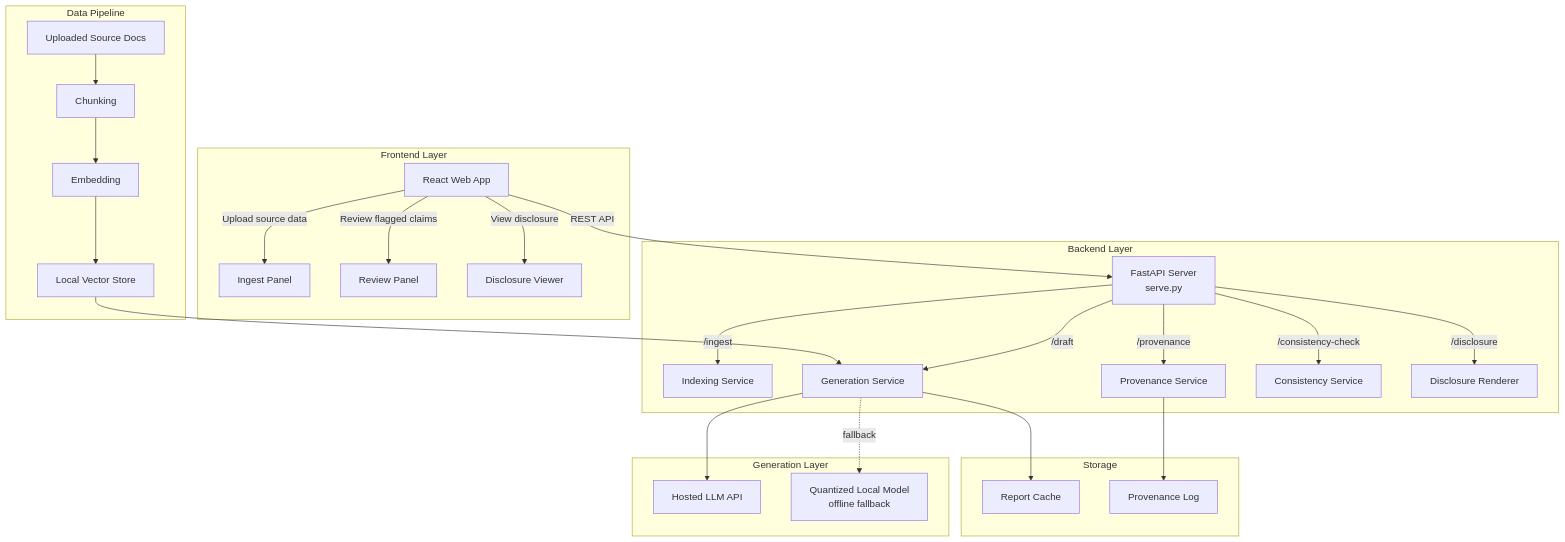
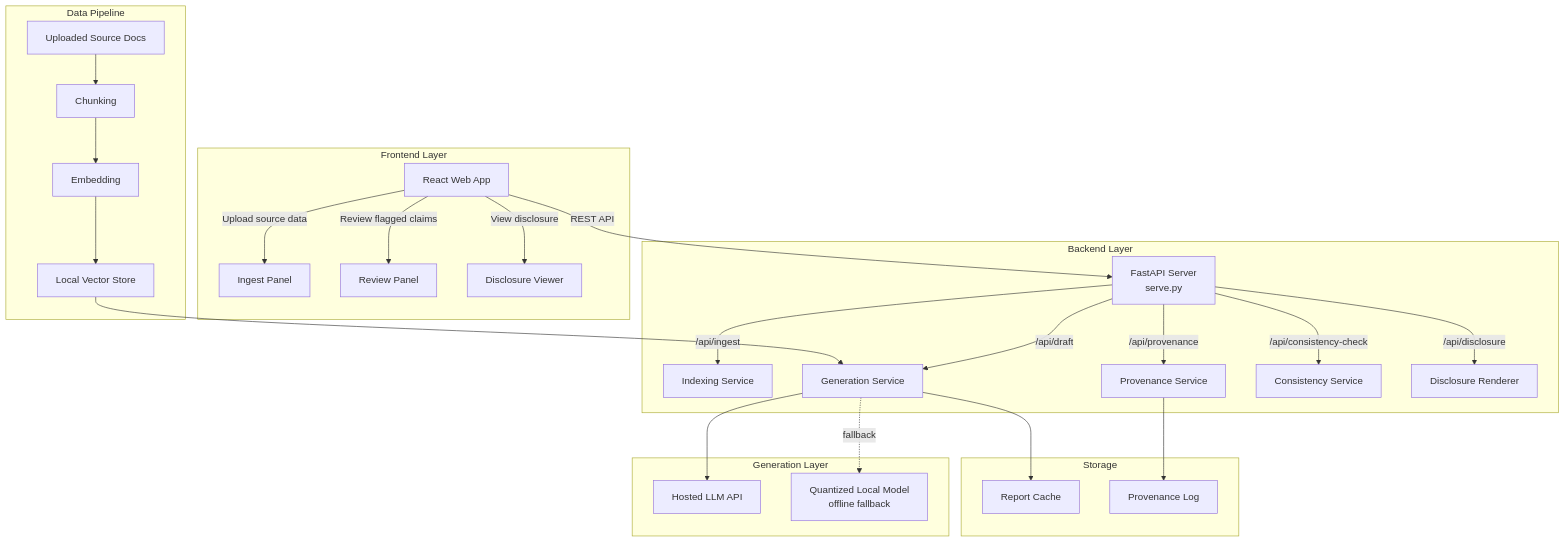
Before and after one commit to Schnitze1/-2026-Humanitarian-Innovation-Hackathon: the diagram in README.md, drawn with Mermaid. The commit also changed other lines of this file and 4 other files, not shown here.

````diff
--- a/README.md
+++ b/README.md
@@ -184,42 +189,42 @@
 ```mermaid
 graph TB
     subgraph "Frontend Layer"
         UI[React Web App]
         UI --> |Upload source data| INGESTUI[Ingest Panel]
         UI --> |Review flagged claims| REVIEW[Review Panel]
         UI --> |View disclosure| DISC[Disclosure Viewer]
     end
 
     subgraph "Backend Layer"
         API[FastAPI Server<br/>serve.py]
-        API --> |/ingest| INDEX[Indexing Service]
-        API --> |/draft| GEN[Generation Service]
-        API --> |/provenance| PROV[Provenance Service]
-        API --> |/consistency-check| CHECK[Consistency Service]
-        API --> |/disclosure| RENDER[Disclosure Renderer]
+        API --> |/api/ingest| INDEX[Indexing Service]
+        API --> |/api/draft| GEN[Generation Service]
+        API --> |/api/provenance| PROV[Provenance Service]
+        API --> |/api/consistency-check| CHECK[Consistency Service]
+        API --> |/api/disclosure| RENDER[Disclosure Renderer]
     end
 
     subgraph "Generation Layer"
         LLM_ONLINE[Hosted LLM API]
         LLM_OFFLINE[Quantized Local Model<br/>offline fallback]
         GEN --> LLM_ONLINE
         GEN -.fallback.-> LLM_OFFLINE
     end
 
     subgraph "Data Pipeline"
         RAW[Uploaded Source Docs]
         RAW --> CHUNK[Chunking]
         CHUNK --> EMBED[Embedding]
         EMBED --> VSTORE[Local Vector Store]
         VSTORE --> GEN
     end
 
     subgraph "Storage"
         REPORTS[Report Cache]
         PROVLOG[Provenance Log]
         GEN --> REPORTS
         PROV --> PROVLOG
     end
 
     UI --> |REST API| API
 ```
````
